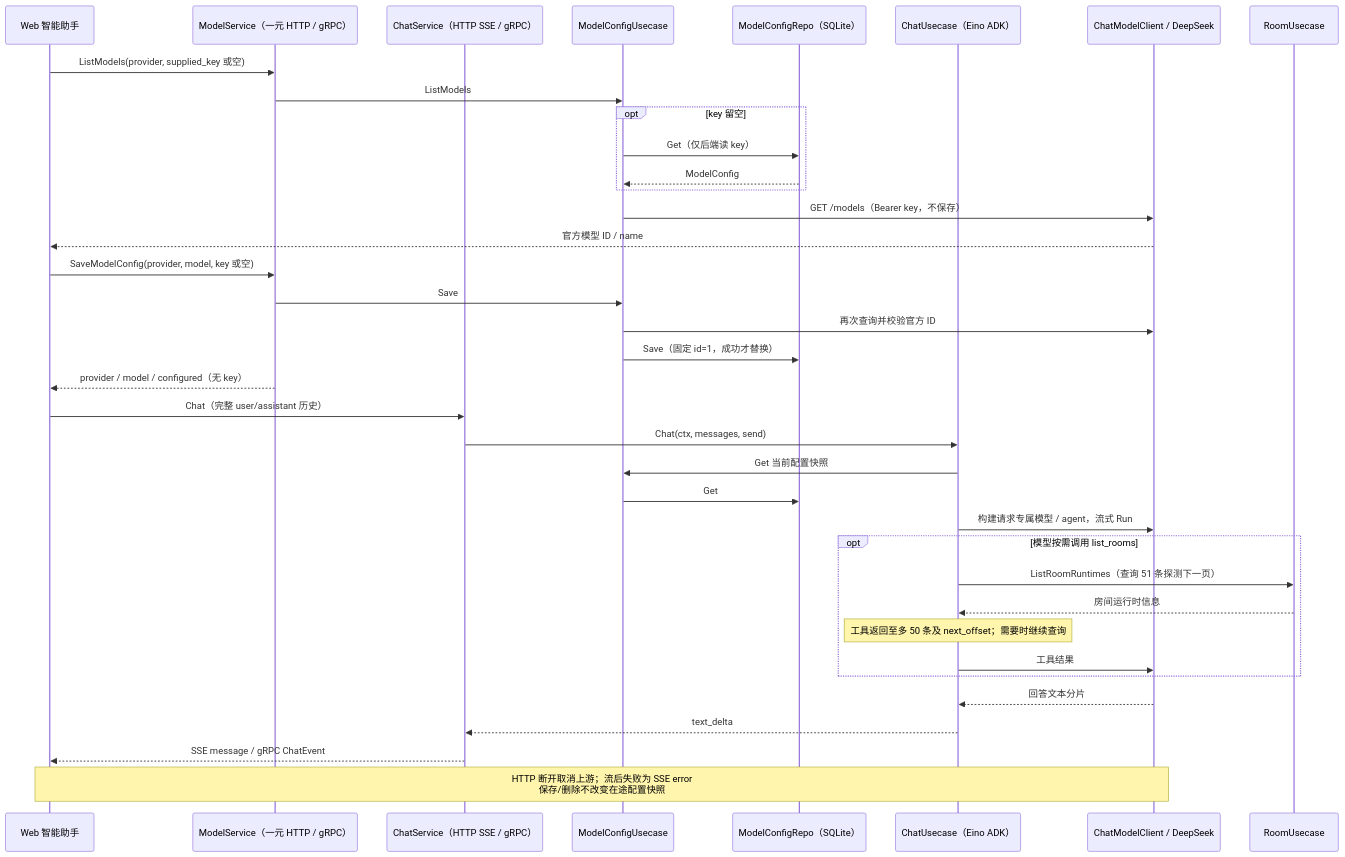
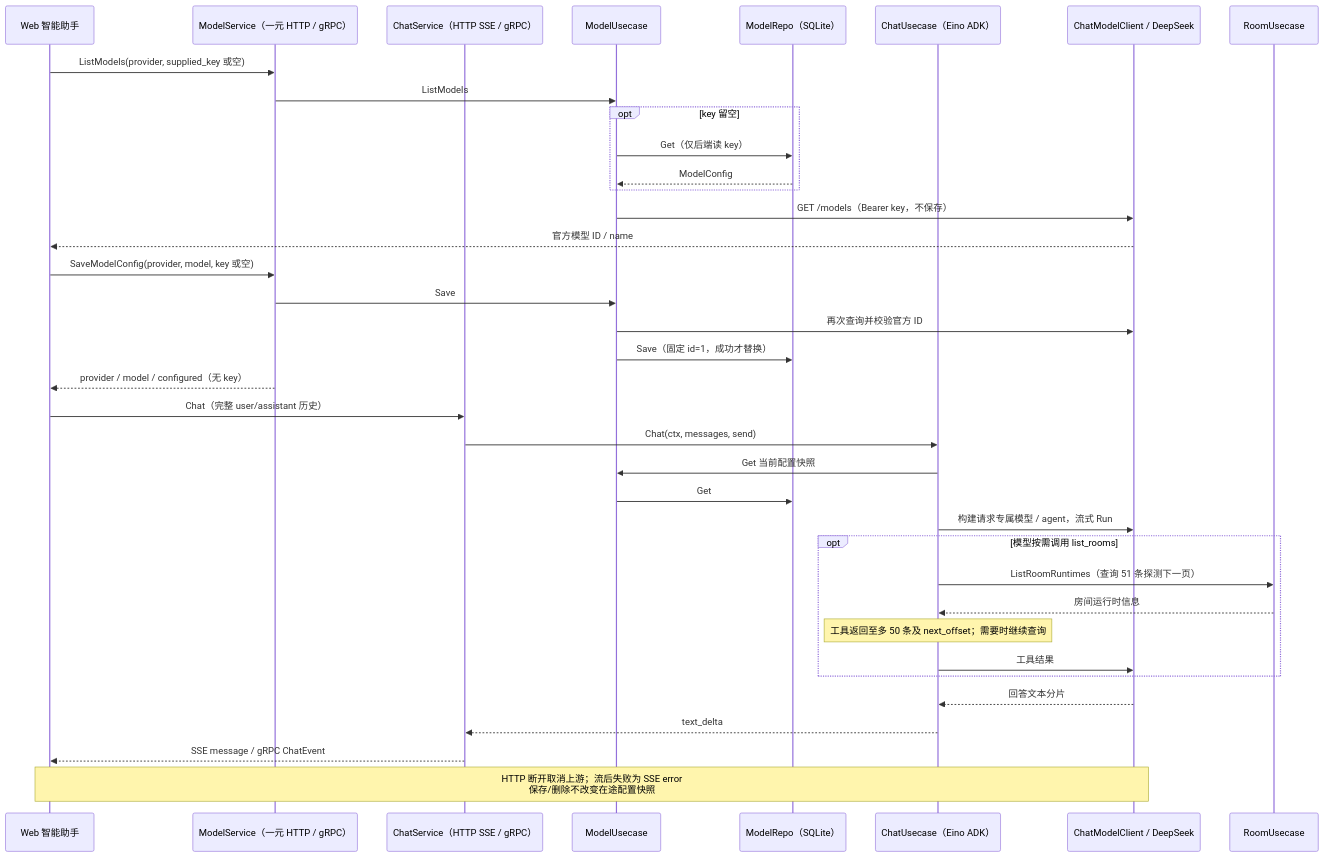
The seventh of 11 diagrams in docs/design/architecture-diagrams.md (xgbt/suika), drawn with Mermaid before and after one commit. The commit also changed other lines of this file and 19 other files, not shown here.

First line of the commit message:
refactor: rename ModelConfigRepo to ModelRepo and update related references

````diff
--- a/docs/design/architecture-diagrams.md
+++ b/docs/design/architecture-diagrams.md
@@ -346,40 +346,40 @@
 ```mermaid
 sequenceDiagram
     participant W as Web 智能助手
     participant S as ModelService（一元 HTTP / gRPC）
     participant CS as ChatService（HTTP SSE / gRPC）
-    participant M as ModelConfigUsecase
-    participant R as ModelConfigRepo（SQLite）
+    participant M as ModelUsecase
+    participant R as ModelRepo（SQLite）
     participant C as ChatUsecase（Eino ADK）
     participant D as ChatModelClient / DeepSeek
     participant U as RoomUsecase
 
     W->>S: ListModels(provider, supplied_key 或空)
     S->>M: ListModels
     opt key 留空
         M->>R: Get（仅后端读 key）
         R-->>M: ModelConfig
     end
     M->>D: GET /models（Bearer key，不保存）
     D-->>W: 官方模型 ID / name
     W->>S: SaveModelConfig(provider, model, key 或空)
     S->>M: Save
     M->>D: 再次查询并校验官方 ID
     M->>R: Save（固定 id=1，成功才替换）
     S-->>W: provider / model / configured（无 key）
     W->>CS: Chat（完整 user/assistant 历史）
     CS->>C: Chat(ctx, messages, send)
     C->>M: Get 当前配置快照
     M->>R: Get
     C->>D: 构建请求专属模型 / agent，流式 Run
     opt 模型按需调用 list_rooms
         C->>U: ListRoomRuntimes（查询 51 条探测下一页）
         U-->>C: 房间运行时信息
         Note over C: 工具返回至多 50 条及 next_offset；需要时继续查询
         C->>D: 工具结果
     end
     D-->>C: 回答文本分片
     C-->>CS: text_delta
     CS-->>W: SSE message / gRPC ChatEvent
     Note over W,D: HTTP 断开取消上游；流后失败为 SSE error<br/>保存/删除不改变在途配置快照
 ```
````
